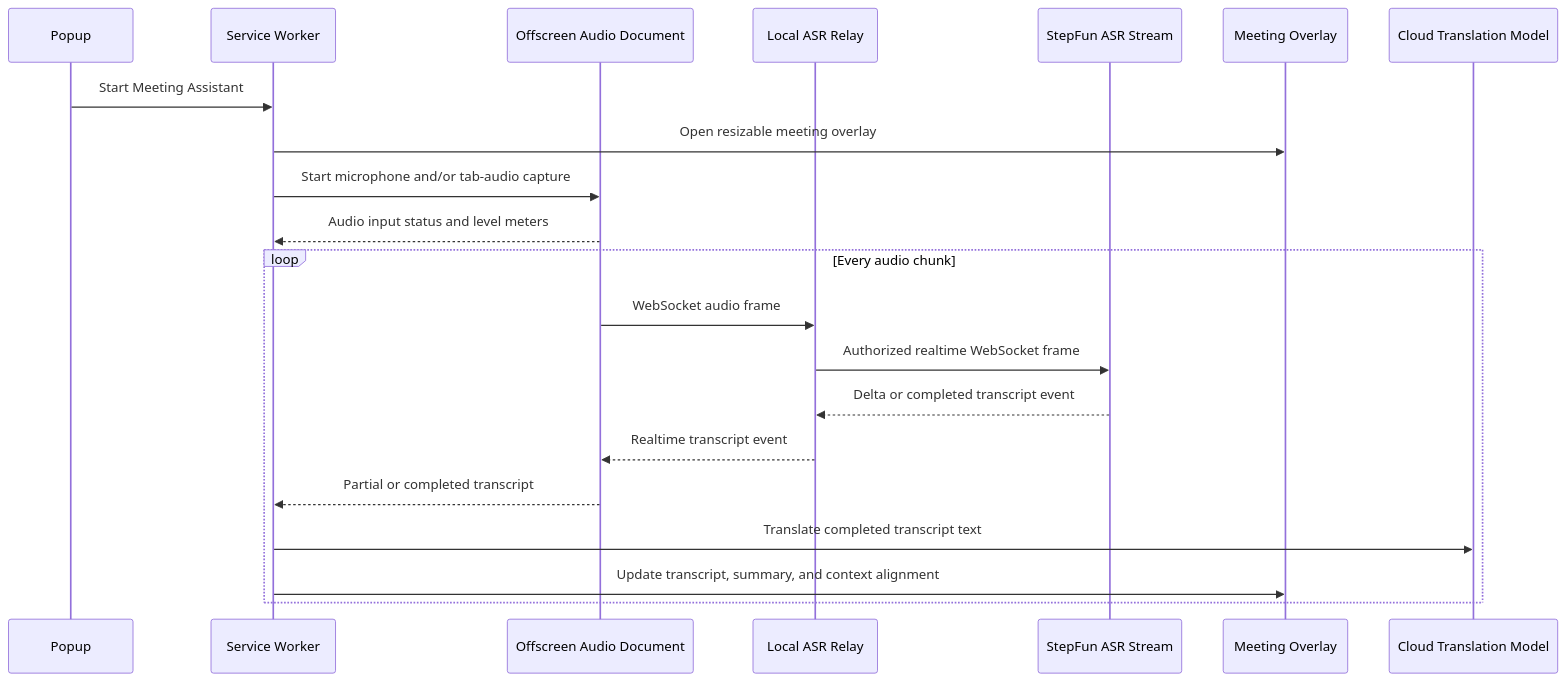
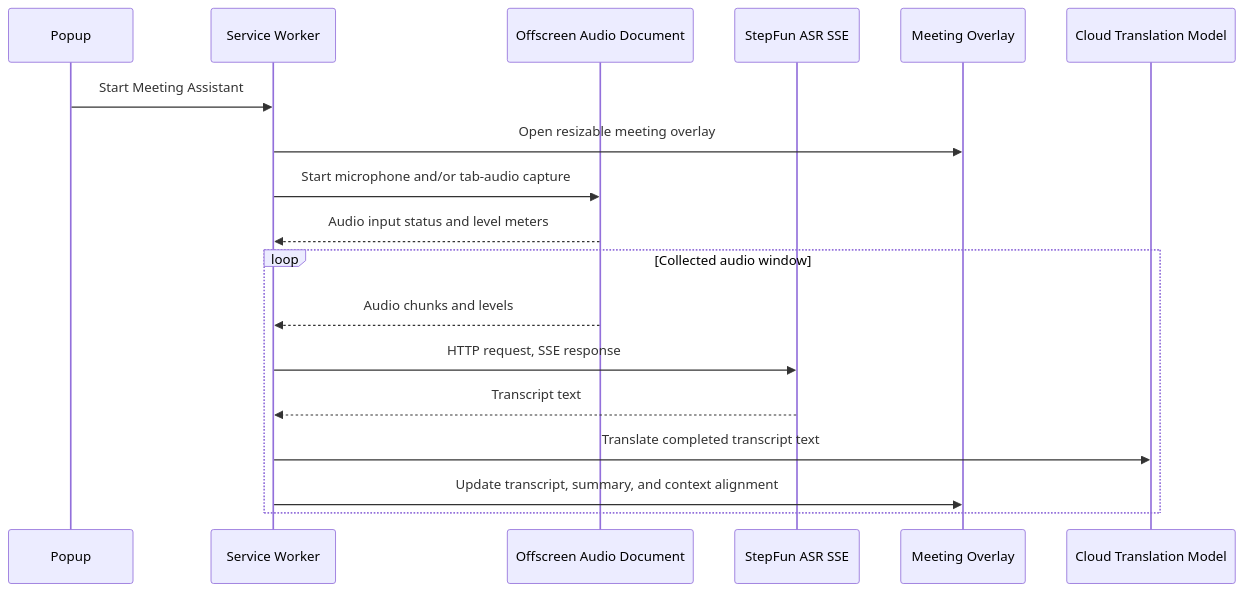
Before and after one commit to InfronAI/infron-translate: the third of 4 diagrams in README.md, drawn with Mermaid. The commit also changed other lines of this file and 16 other files, not shown here.

Commit message:
Use StepFun ASR HTTP SSE

````diff
--- a/README.md
+++ b/README.md
@@ -92,24 +91,21 @@
 ```mermaid
 sequenceDiagram
   participant P as Popup
   participant SW as Service Worker
   participant O as Offscreen Audio Document
-  participant R as Local ASR Relay
-  participant A as StepFun ASR Stream
+  participant A as StepFun ASR SSE
   participant CS as Meeting Overlay
   participant L as Cloud Translation Model
 
   P->>SW: Start Meeting Assistant
   SW->>CS: Open resizable meeting overlay
   SW->>O: Start microphone and/or tab-audio capture
   O-->>SW: Audio input status and level meters
-  loop Every audio chunk
-    O->>R: WebSocket audio frame
-    R->>A: Authorized realtime WebSocket frame
-    A-->>R: Delta or completed transcript event
-    R-->>O: Realtime transcript event
-    O-->>SW: Partial or completed transcript
+  loop Collected audio window
+    O-->>SW: Audio chunks and levels
+    SW->>A: HTTP request, SSE response
+    A-->>SW: Transcript text
     SW->>L: Translate completed transcript text
     SW->>CS: Update transcript, summary, and context alignment
   end
 ```
````
